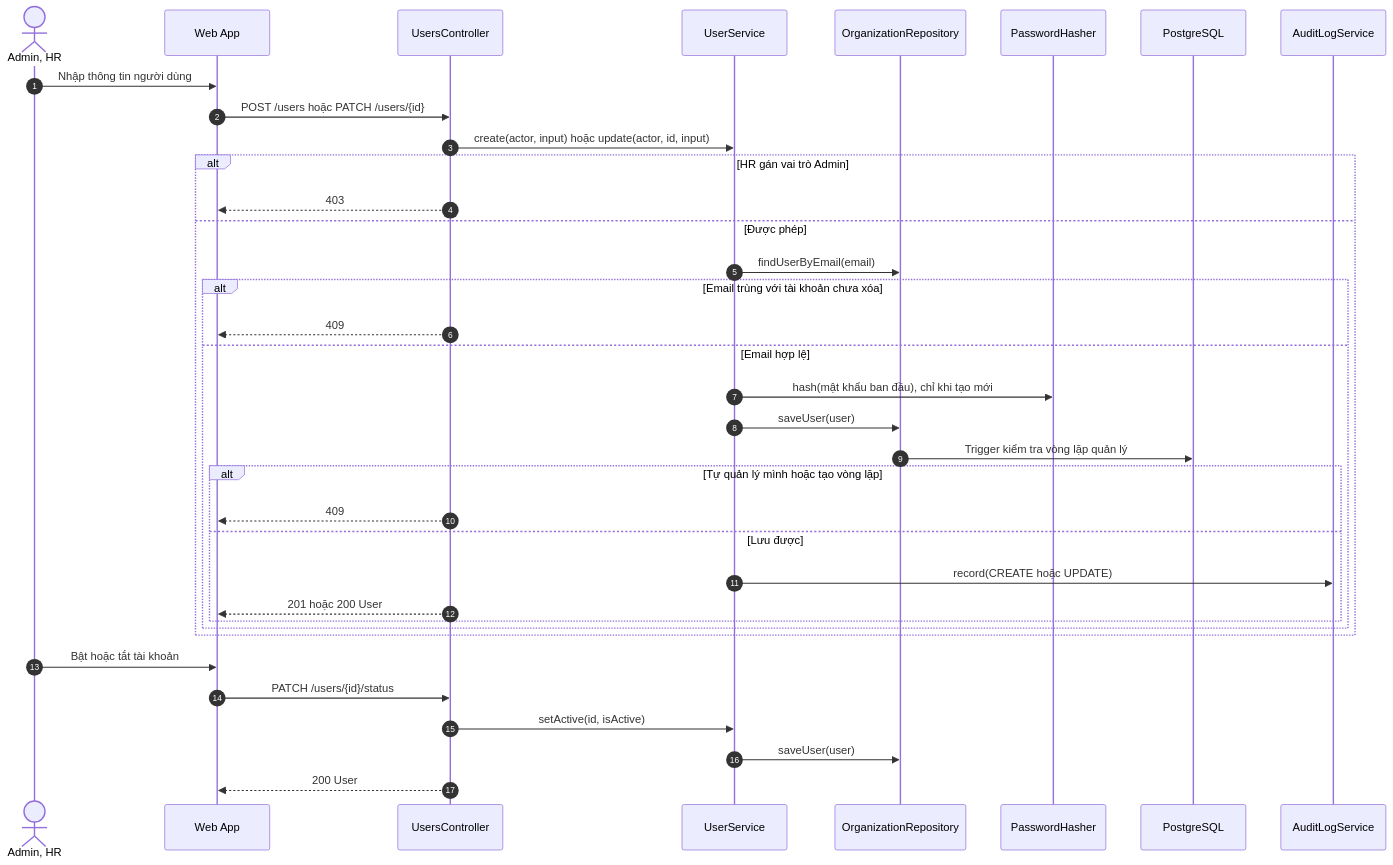
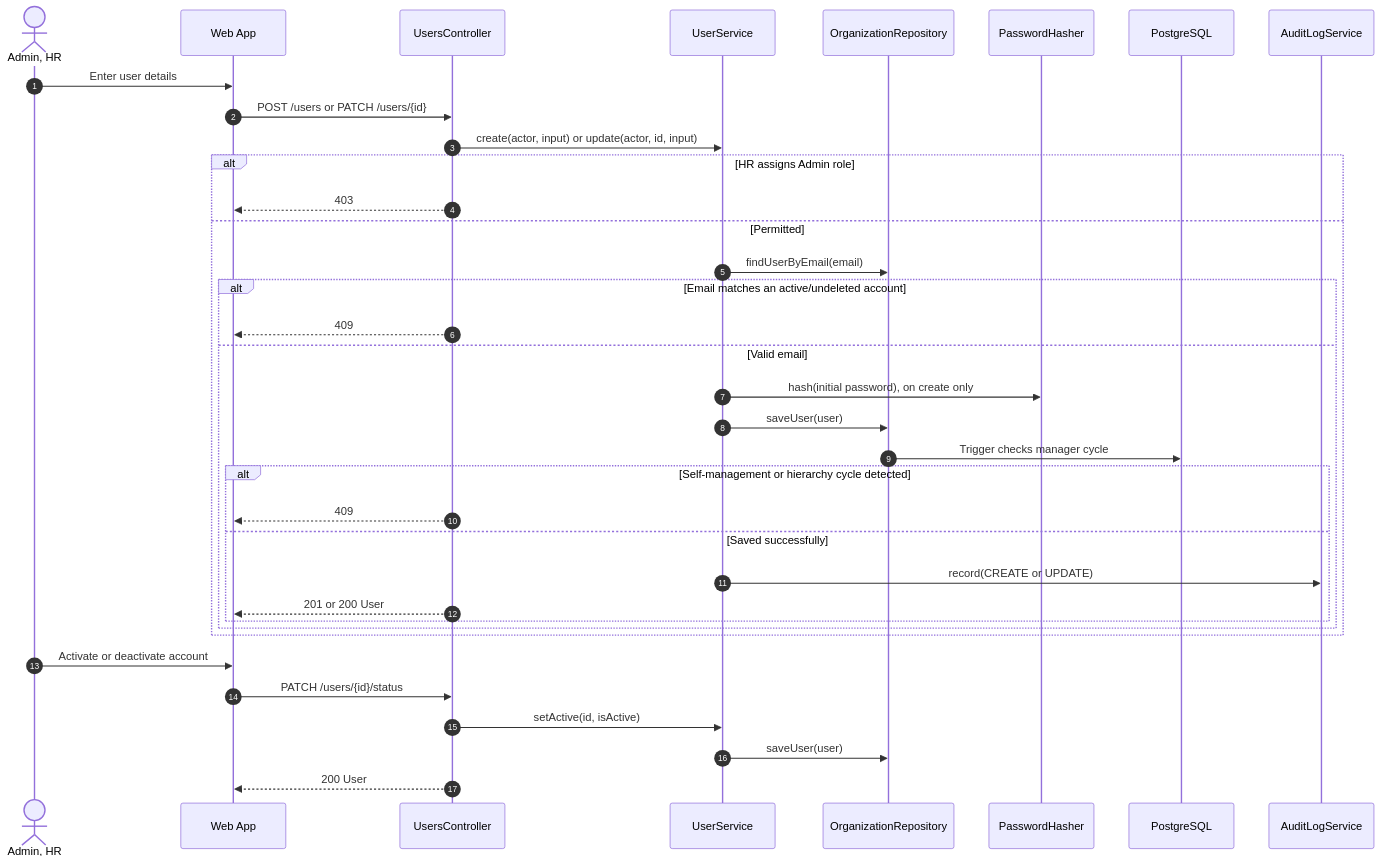
The fifth of 32 diagrams in docs/architecture/sequence-diagrams.md (Akaza-ban/OCK-360), drawn with Mermaid before and after one commit. The commit also changed other lines of this file and 24 other files, not shown here.

````diff
--- a/docs/architecture/sequence-diagrams.md
+++ b/docs/architecture/sequence-diagrams.md
@@ -183,39 +183,39 @@
 ```mermaid
 sequenceDiagram
     autonumber
     actor A as Admin, HR
     participant W as Web App
     participant C as UsersController
     participant S as UserService
     participant R as OrganizationRepository
     participant H as PasswordHasher
     participant DB as PostgreSQL
     participant L as AuditLogService
 
-    A->>W: Nhập thông tin người dùng
-    W->>C: POST /users hoặc PATCH /users/{id}
-    C->>S: create(actor, input) hoặc update(actor, id, input)
-    alt HR gán vai trò Admin
+    A->>W: Enter user details
+    W->>C: POST /users or PATCH /users/{id}
+    C->>S: create(actor, input) or update(actor, id, input)
+    alt HR assigns Admin role
         C-->>W: 403
-    else Được phép
+    else Permitted
         S->>R: findUserByEmail(email)
-        alt Email trùng với tài khoản chưa xóa
+        alt Email matches an active/undeleted account
             C-->>W: 409
-        else Email hợp lệ
-            S->>H: hash(mật khẩu ban đầu), chỉ khi tạo mới
+        else Valid email
+            S->>H: hash(initial password), on create only
             S->>R: saveUser(user)
-            R->>DB: Trigger kiểm tra vòng lặp quản lý
-            alt Tự quản lý mình hoặc tạo vòng lặp
+            R->>DB: Trigger checks manager cycle
+            alt Self-management or hierarchy cycle detected
                 C-->>W: 409
-            else Lưu được
-                S->>L: record(CREATE hoặc UPDATE)
-                C-->>W: 201 hoặc 200 User
+            else Saved successfully
+                S->>L: record(CREATE or UPDATE)
+                C-->>W: 201 or 200 User
             end
         end
     end
-    A->>W: Bật hoặc tắt tài khoản
+    A->>W: Activate or deactivate account
     W->>C: PATCH /users/{id}/status
     C->>S: setActive(id, isActive)
     S->>R: saveUser(user)
     C-->>W: 200 User
 ```
````
